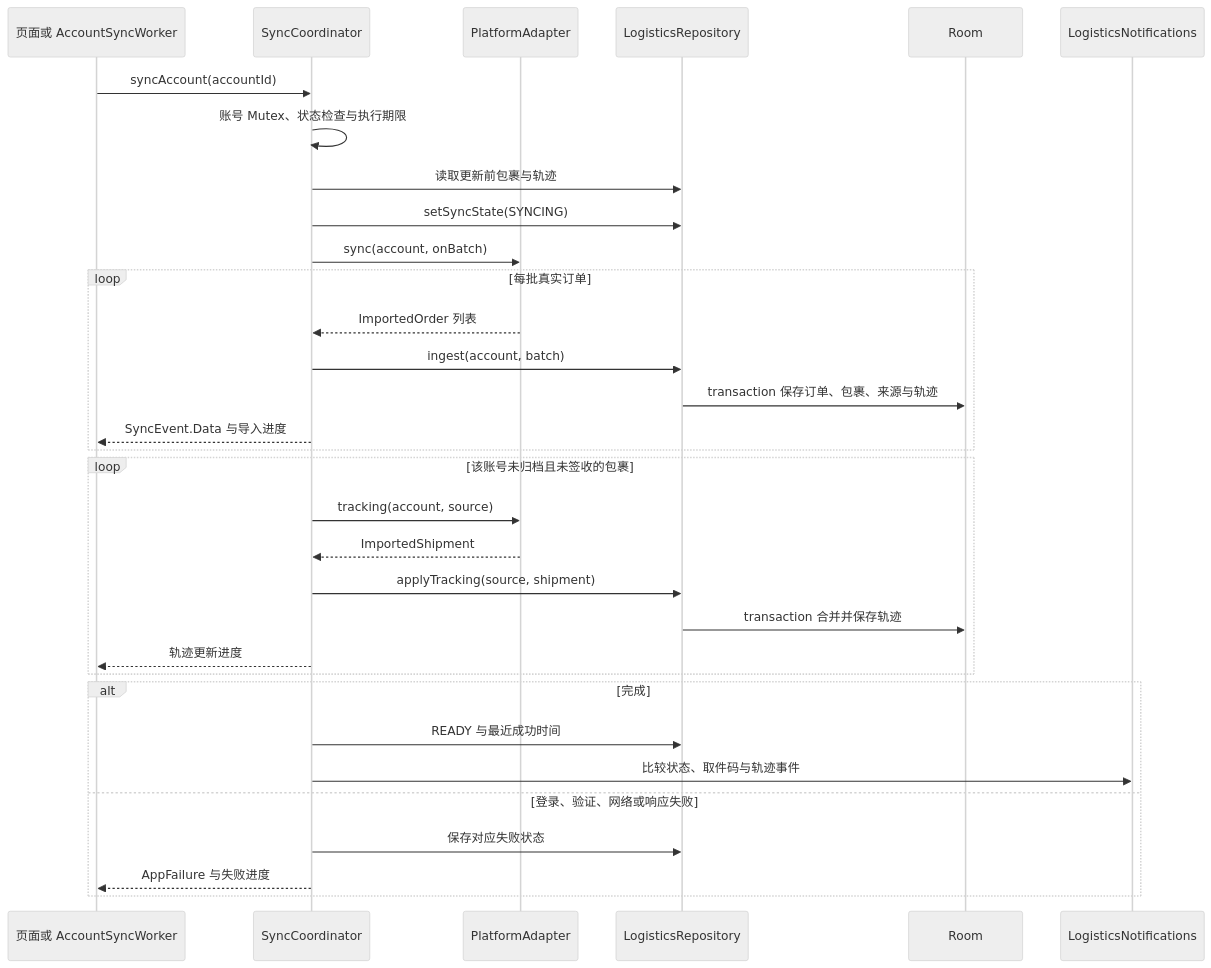
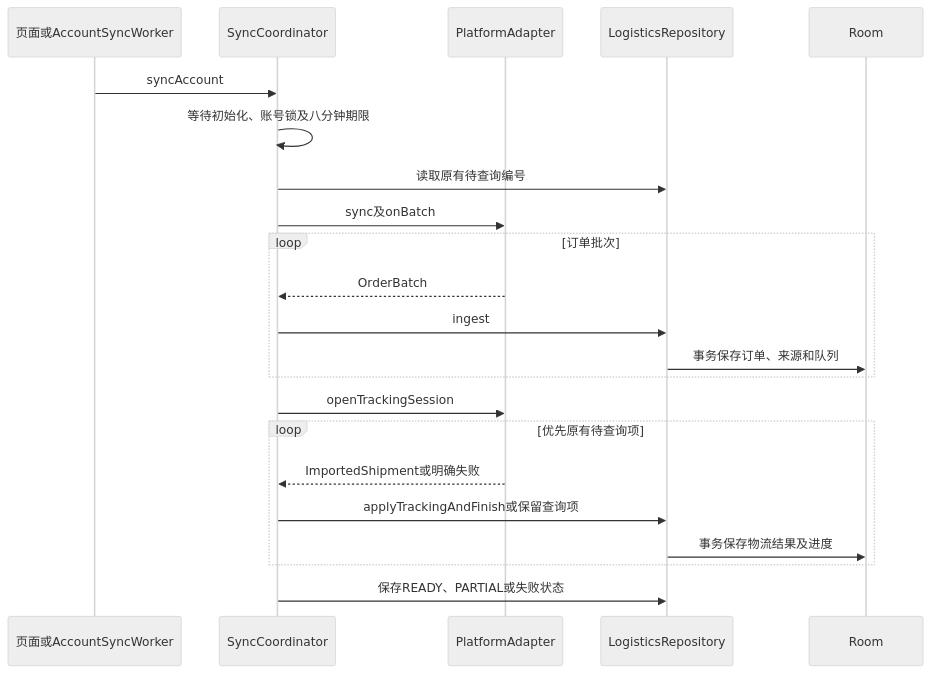
One commit to 73mtq/logistics-management changed the second of 4 diagrams in docs/project-map.md. Above: the diagram before and after it, drawn with Mermaid (neutral theme). The commit also changed other lines of this file and 79 other files, not shown here.

````diff
--- a/docs/project-map.md
+++ b/docs/project-map.md
@@ -65,34 +30,24 @@
 ```mermaid
 sequenceDiagram
-    participant Entry as 页面或 AccountSyncWorker
+    participant Entry as 页面或AccountSyncWorker
     participant Sync as SyncCoordinator
     participant Adapter as PlatformAdapter
     participant Repo as LogisticsRepository
     participant DB as Room
-    participant Notify as LogisticsNotifications
-    Entry->>Sync: syncAccount(accountId)
-    Sync->>Sync: 账号 Mutex、状态检查与执行期限
-    Sync->>Repo: 读取更新前包裹与轨迹
-    Sync->>Repo: setSyncState(SYNCING)
-    Sync->>Adapter: sync(account, onBatch)
-    loop 每批真实订单
-        Adapter-->>Sync: ImportedOrder 列表
-        Sync->>Repo: ingest(account, batch)
-        Repo->>DB: transaction 保存订单、包裹、来源与轨迹
-        Sync-->>Entry: SyncEvent.Data 与导入进度
+    Entry->>Sync: syncAccount
+    Sync->>Sync: 等待初始化、账号锁及八分钟期限
+    Sync->>Repo: 读取原有待查询编号
+    Sync->>Adapter: sync及onBatch
+    loop 订单批次
+        Adapter-->>Sync: OrderBatch
+        Sync->>Repo: ingest
+        Repo->>DB: 事务保存订单、来源和队列
     end
-    loop 该账号未归档且未签收的包裹
-        Sync->>Adapter: tracking(account, source)
-        Adapter-->>Sync: ImportedShipment
-        Sync->>Repo: applyTracking(source, shipment)
-        Repo->>DB: transaction 合并并保存轨迹
-        Sync-->>Entry: 轨迹更新进度
+    Sync->>Adapter: openTrackingSession
+    loop 优先原有待查询项
+        Adapter-->>Sync: ImportedShipment或明确失败
+        Sync->>Repo: applyTrackingAndFinish或保留查询项
+        Repo->>DB: 事务保存物流结果及进度
     end
-    alt 完成
-        Sync->>Repo: READY 与最近成功时间
-        Sync->>Notify: 比较状态、取件码与轨迹事件
-    else 登录、验证、网络或响应失败
-        Sync->>Repo: 保存对应失败状态
-        Sync-->>Entry: AppFailure 与失败进度
-    end
+    Sync->>Repo: 保存READY、PARTIAL或失败状态
 ```
````
